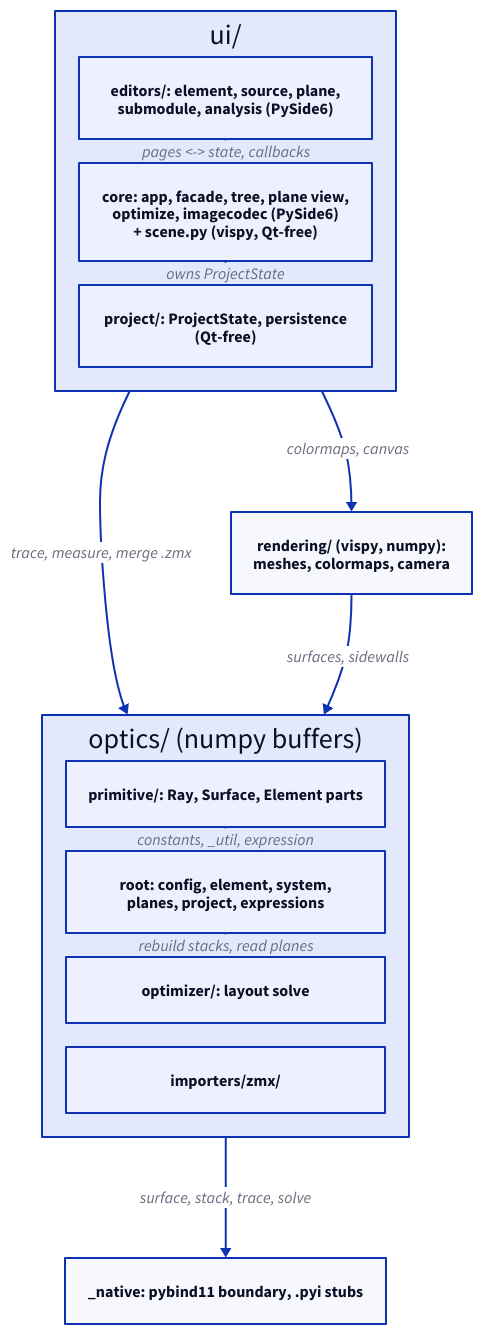
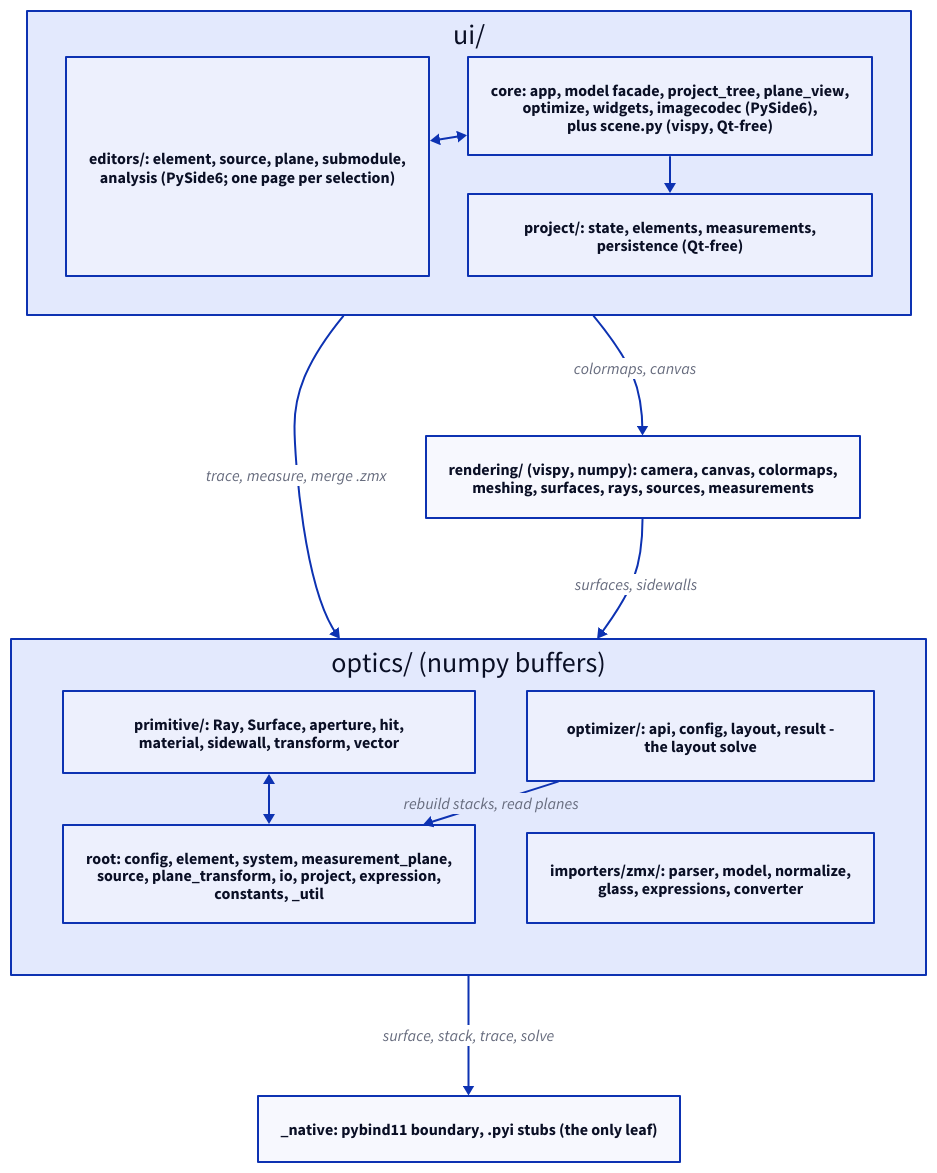
Before and after one commit to propane865/OpticsSimulator: the diagram in docs/diagrams/python-dependencies.d2, drawn with D2. The commit also changed 11 other files, not shown here.

Commit message:
docs: rescale diagrams

```diff
--- a/docs/diagrams/python-dependencies.d2
+++ b/docs/diagrams/python-dependencies.d2
@@ -1,33 +1,33 @@
 direction: down
 
 ui: "ui/" {
-  grid-rows: 3
-  grid-gap: 24
-  ed: "editors/: element, source, plane,\nsubmodule, analysis (PySide6)"
-  core: "core: app, facade, tree, plane view,\noptimize, imagecodec (PySide6)\n+ scene.py (vispy, Qt-free)"
-  proj: "project/: ProjectState, persistence\n(Qt-free)"
+  grid-columns: 2
+  grid-gap: 39
+  ed: "editors/: element, source, plane, submodule,\nanalysis (PySide6; one page per selection)"
+  core: "core: app, model facade, project_tree, plane_view,\noptimize, widgets, imagecodec (PySide6),\nplus scene.py (vispy, Qt-free)"
+  proj: "project/: state, elements, measurements,\npersistence (Qt-free)"
 
-  ed <-> core: "pages <-> state, callbacks"
-  core -> proj: owns ProjectState
+  ed <-> core
+  core -> proj
 }
 
-rendering: "rendering/ (vispy, numpy):\nmeshes, colormaps, camera"
+rendering: "rendering/ (vispy, numpy): camera, canvas, colormaps,\nmeshing, surfaces, rays, sources, measurements"
 
 optics: "optics/ (numpy buffers)" {
-  grid-rows: 4
-  grid-gap: 24
-  prim: "primitive/: Ray, Surface, Element parts"
-  root: "root: config, element, system,\nplanes, project, expressions"
-  opt: "optimizer/: layout solve"
-  imp: "importers/zmx/"
+  grid-columns: 2
+  grid-gap: 52
+  prim: "primitive/: Ray, Surface, aperture, hit,\nmaterial, sidewall, transform, vector"
+  root: "root: config, element, system, measurement_plane,\nsource, plane_transform, io, project, expression,\nconstants, _util"
+  opt: "optimizer/: api, config, layout, result -\nthe layout solve"
+  imp: "importers/zmx/: parser, model, normalize,\nglass, expressions, converter"
 
-  prim <-> root: "constants, _util, expression"
+  prim <-> root
   opt -> root: "rebuild stacks, read planes"
 }
 
-abi: "_native: pybind11 boundary, .pyi stubs"
+abi: "_native: pybind11 boundary, .pyi stubs (the only leaf)"
 
 ui -> rendering: "colormaps, canvas"
 ui -> optics: "trace, measure, merge .zmx"
 rendering -> optics: "surfaces, sidewalls"
 optics -> abi: "surface, stack, trace, solve"
```
